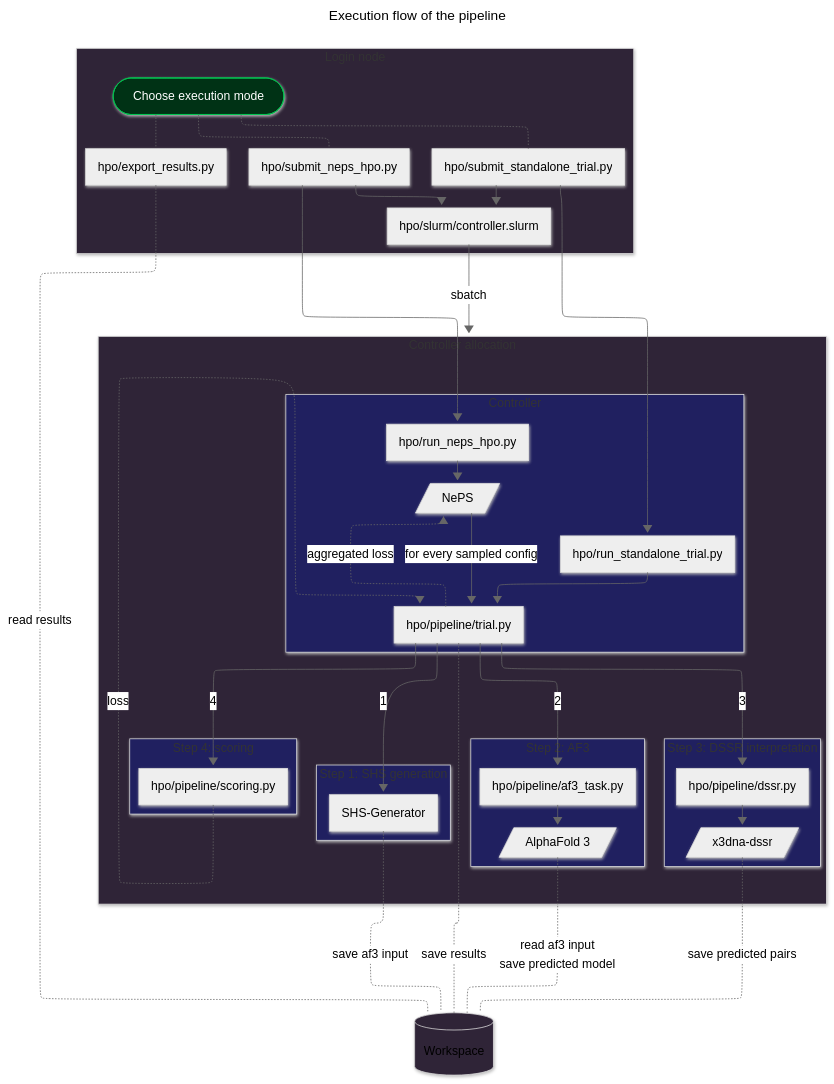
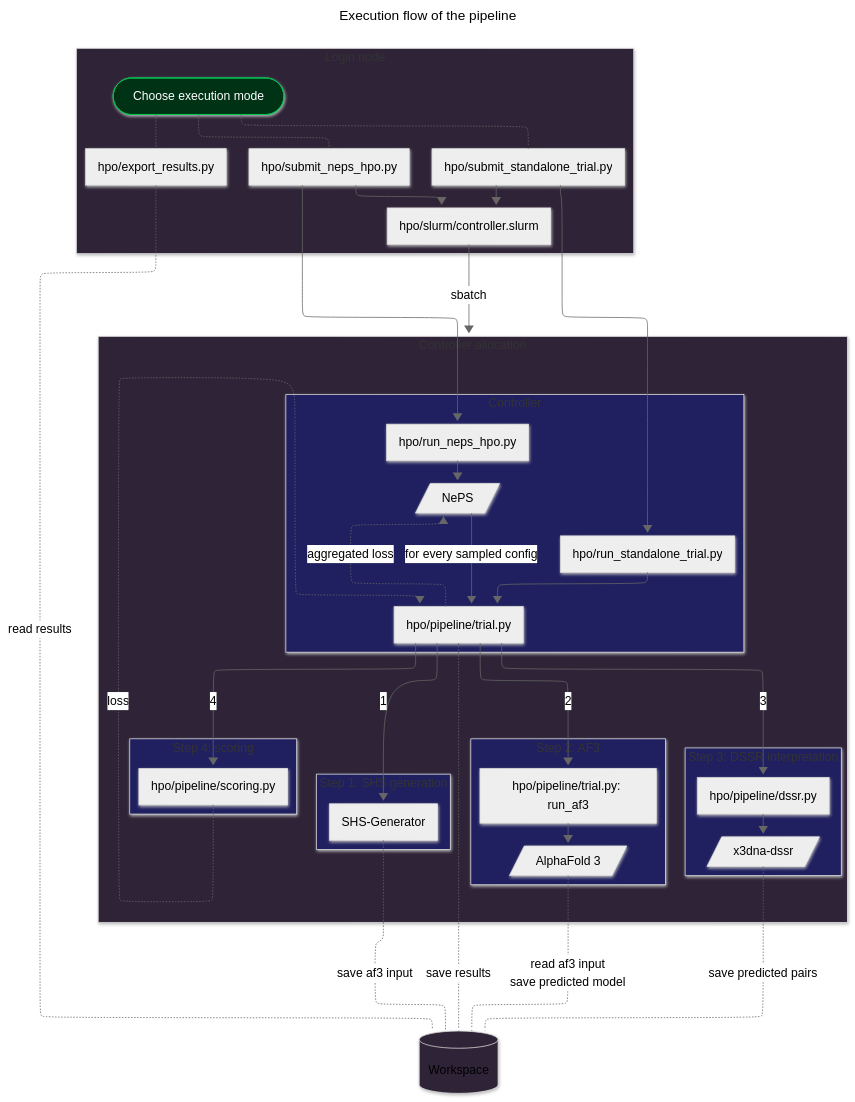
Before and after one commit to automl/SyntheticEvolution: the diagram in hpo/docs/pipeline_flow.mmd, drawn with Mermaid (neutral theme). The commit also changed 31 other files, not shown here.

First line of the commit message:
perf(hpo): store each RNA as one archive; simplify pipeline and tests

```diff
--- a/hpo/docs/pipeline_flow.mmd
+++ b/hpo/docs/pipeline_flow.mmd
@@ -1,89 +1,89 @@
 ---
 title: Execution flow of the pipeline
 config:
     look: neo
     layout: elk
 ---
 flowchart TD
 
 subgraph LoginNode["Login node"]
     User(["Choose execution mode"])
     SubmitStandalone["hpo/submit_standalone_trial.py"]
     SubmitNeps["hpo/submit_neps_hpo.py"]
     Slurm["hpo/slurm/controller.slurm"]
     Export["hpo/export_results.py"]
 end
 
 subgraph CpuNode["Controller allocation"]
 
     subgraph StepController["Controller"]
         Trial["hpo/pipeline/trial.py"]
         RunStandalone["hpo/run_standalone_trial.py"]
         RunNeps["hpo/run_neps_hpo.py"]
         NePS[/"NePS"/]
     end
 
     subgraph Step1["Step 1: SHS generation"]
         SHSGenerator["SHS-Generator"]
     end
 
     subgraph Step2["Step 2: AF3"]
-        AF3Task["hpo/pipeline/af3_task.py"]
+        AF3Task["hpo/pipeline/trial.py: run_af3"]
         AF3[/"AlphaFold 3"/]
     end
 
     subgraph Step3["Step 3: DSSR interpretation"]
         DSSR["hpo/pipeline/dssr.py"]
         DSSRTool[/"x3dna-dssr"/]
     end
 
     subgraph Step4["Step 4: scoring"]
         Scoring["hpo/pipeline/scoring.py"]
     end
 
 end
 
 Workspace[("Workspace")]
 
 %% Three login-node execution paths.
 User -.- SubmitStandalone & SubmitNeps & Export
 SubmitNeps --> RunNeps & Slurm
 SubmitStandalone --> RunStandalone & Slurm
 Slurm --"sbatch"--> CpuNode
 
 %% Controller startup and trial ownership.
 RunStandalone --> Trial
 RunNeps --> NePS --"for every sampled config"--> Trial
 Trial -."aggregated loss".-> NePS
 
 %% trial.py executes the four stages in order.
 Trial --"1"--> SHSGenerator 
 Trial --"2"--> AF3Task
 Trial --"3"--> DSSR 
 Trial --"4"--> Scoring
 %% Step 1
 %% Step 2
 AF3Task --> AF3
 %% Step 3
 DSSR --> DSSRTool
 %% Step 4
 Scoring -."loss".-> Trial
 
 %% Workspace access 
 SHSGenerator -."save af3 input".- Workspace
 Trial -."save results".- Workspace
 AF3 -."read af3 input\n save predicted model".- Workspace
 DSSRTool -."save predicted pairs".- Workspace
 Export -."read results".- Workspace
 
 style User color:#FFFFFF, stroke:#00C853, fill:#003215
 
 style CpuNode fill:#2f2437
 style LoginNode fill:#2f2437
 style Workspace fill:#2f2437
 
 style StepController fill:#202060
 style Step1 fill:#202060
 style Step2 fill:#202060
 style Step3 fill:#202060
 style Step4 fill:#202060
```
